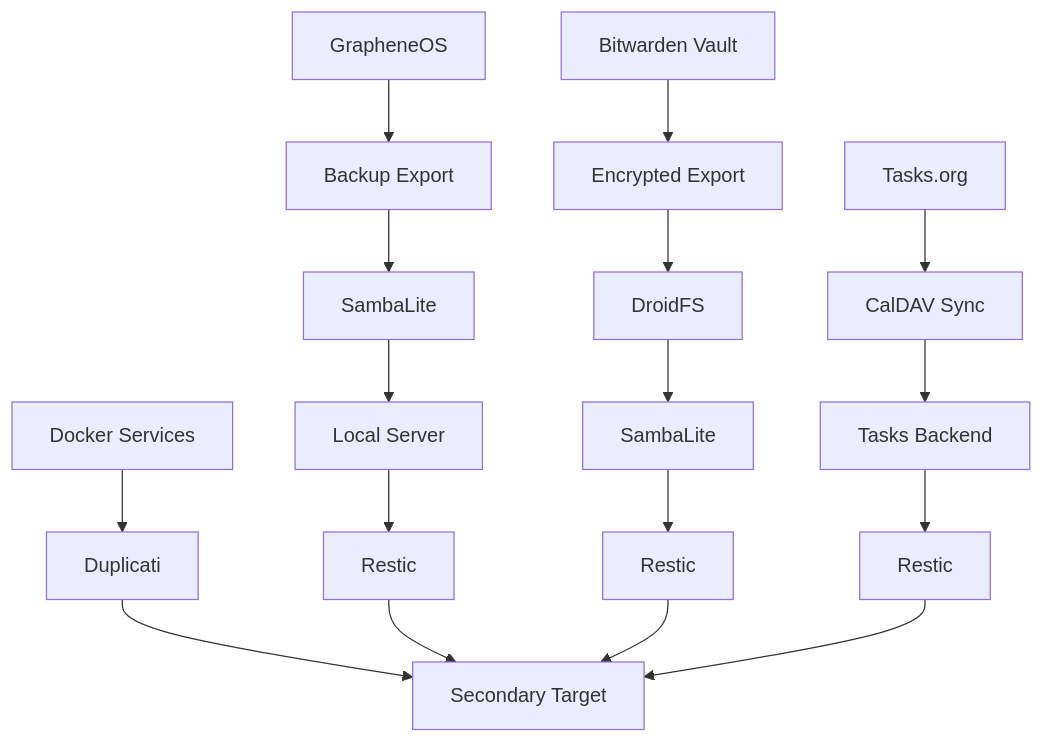
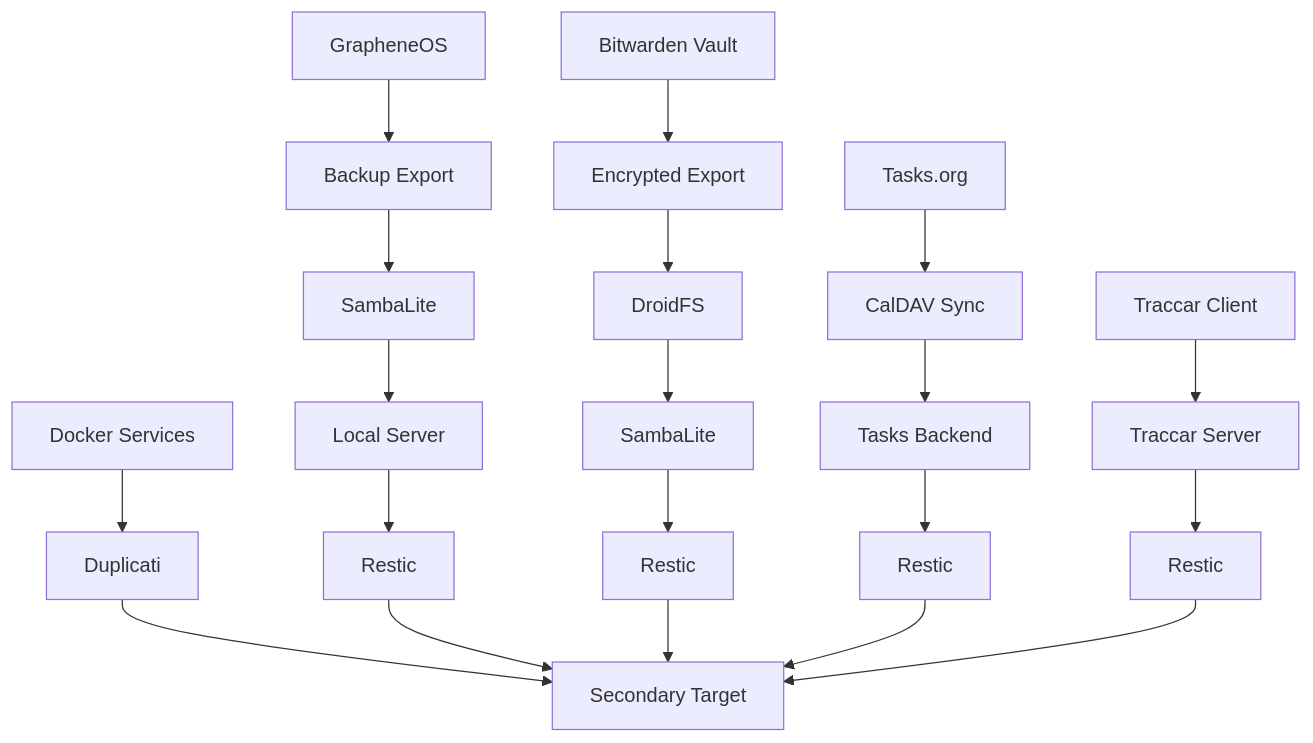
The third of 3 diagrams in README.md (Kf1sh27/DeGoogle), drawn with Mermaid before and after one commit. The commit also changed other lines of this file, not shown here.

Commit message:
Document Cloudflare Tunnel access and Traccar Client usage

````diff
--- a/README.md
+++ b/README.md
@@ -240,10 +272,12 @@
 ```mermaid
 flowchart TB
     GOS2[GrapheneOS] --> BExport[Backup Export] --> Sync1[SambaLite] --> Srv1[Local Server] --> R1[Restic]
     Tasks[Tasks.org] --> TasksSync[CalDAV Sync] --> TasksServer[Tasks Backend] --> R3[Restic]
+    TraccarClient[Traccar Client] --> TraccarServer[Traccar Server] --> R4[Restic]
     BW2[Bitwarden Vault] --> BWExport[Encrypted Export] --> Crypto[DroidFS] --> Sync2[SambaLite] --> R2[Restic]
     Docker[Docker Services] --> Dup[Duplicati] --> Secondary[Secondary Target]
     R1 --> Secondary
     R2 --> Secondary
     R3 --> Secondary
+    R4 --> Secondary
 ```
````
